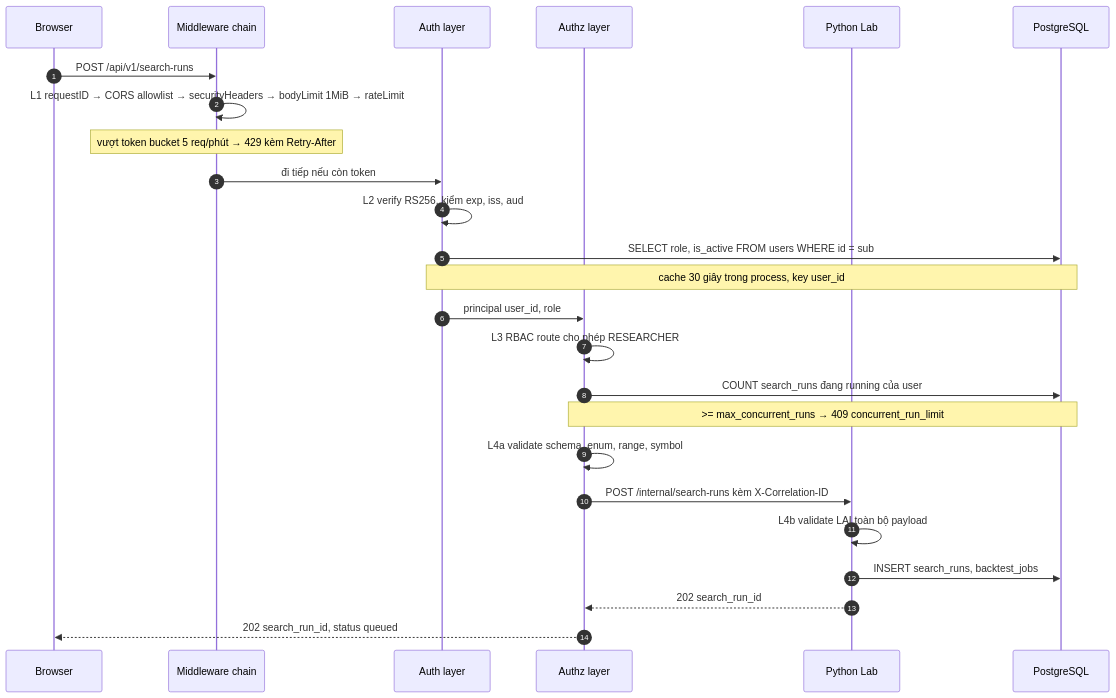
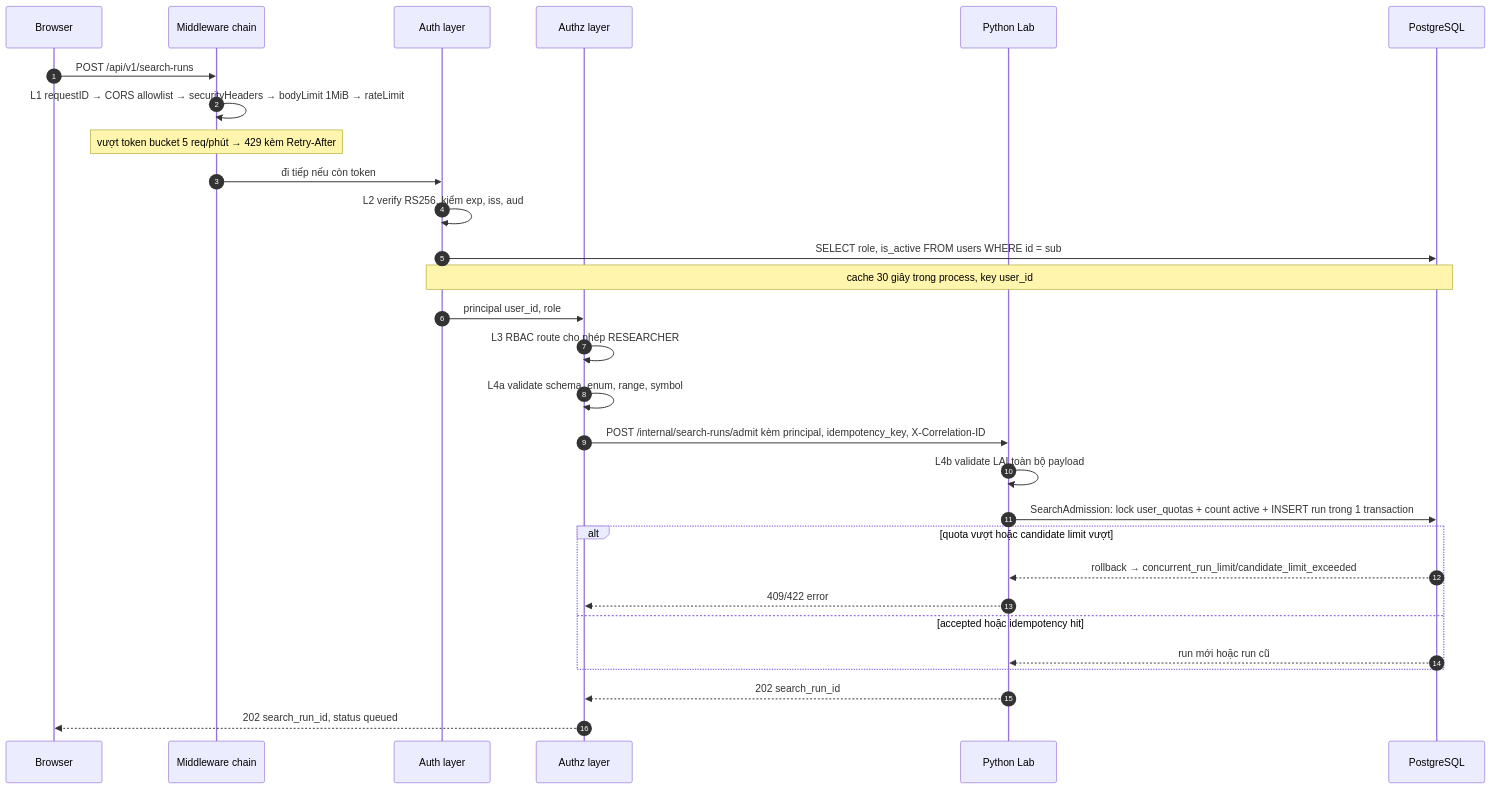
One commit to EnsoTech-Studio/CryptoBot changed the second of 3 diagrams in blueprint/specs/auth.md. Above: the diagram before and after it, drawn with Mermaid. The commit also changed other lines of this file and 59 other files, not shown here.

Commit message:
update(blueprint): finalize architecture contracts

````diff
--- a/blueprint/specs/auth.md
+++ b/blueprint/specs/auth.md
@@ -69,28 +85,32 @@
 ```mermaid
 sequenceDiagram
     autonumber
     participant B as Browser
     participant M as Middleware chain
     participant AU as Auth layer
     participant AZ as Authz layer
     participant PY as Python Lab
     participant DB as PostgreSQL
 
     B->>M: POST /api/v1/search-runs
     M->>M: L1 requestID → CORS allowlist → securityHeaders → bodyLimit 1MiB → rateLimit
     Note over M: vượt token bucket 5 req/phút → 429 kèm Retry-After
     M->>AU: đi tiếp nếu còn token
     AU->>AU: L2 verify RS256, kiểm exp, iss, aud
     AU->>DB: SELECT role, is_active FROM users WHERE id = sub
     Note over AU,DB: cache 30 giây trong process, key user_id
     AU->>AZ: principal user_id, role
     AZ->>AZ: L3 RBAC route cho phép RESEARCHER
-    AZ->>DB: COUNT search_runs đang running của user
-    Note over AZ,DB: >= max_concurrent_runs → 409 concurrent_run_limit
     AZ->>AZ: L4a validate schema, enum, range, symbol
-    AZ->>PY: POST /internal/search-runs kèm X-Correlation-ID
+    AZ->>PY: POST /internal/search-runs/admit kèm principal, idempotency_key, X-Correlation-ID
     PY->>PY: L4b validate LẠI toàn bộ payload
-    PY->>DB: INSERT search_runs, backtest_jobs
+    PY->>DB: SearchAdmission: lock user_quotas + count active + INSERT run trong 1 transaction
+    alt quota vượt hoặc candidate limit vượt
+        DB-->>PY: rollback → concurrent_run_limit/candidate_limit_exceeded
+        PY-->>AZ: 409/422 error
+    else accepted hoặc idempotency hit
+        DB-->>PY: run mới hoặc run cũ
+    end
     PY-->>AZ: 202 search_run_id
     AZ-->>B: 202 search_run_id, status queued
 ```
````
